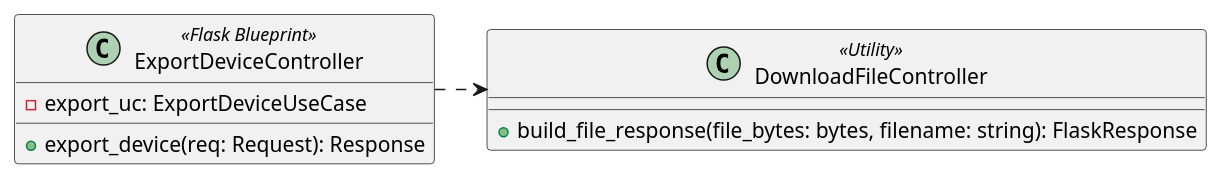
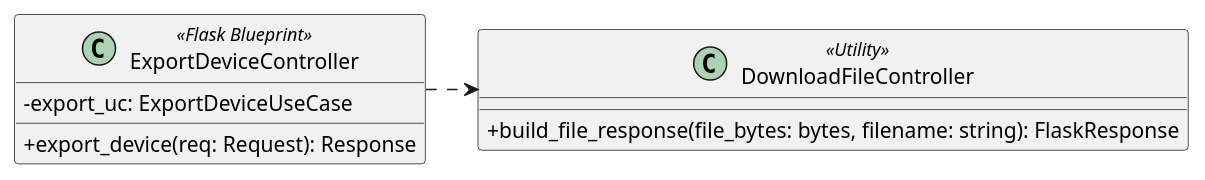
The diagram in src/PB/DocumentazioneEsterna/Specifica_Tecnica/content/uml/puml/Diagrammi_classi/Backend/InboundAdapters/ExportDeviceController.puml (GroupRubberDuck/Documentazione), drawn with PlantUML before and after one commit. The commit also changed 118 other files, not shown here.

```diff
--- a/src/PB/DocumentazioneEsterna/Specifica_Tecnica/content/uml/puml/Diagrammi_classi/Backend/InboundAdapters/ExportDeviceController.puml
+++ b/src/PB/DocumentazioneEsterna/Specifica_Tecnica/content/uml/puml/Diagrammi_classi/Backend/InboundAdapters/ExportDeviceController.puml
@@ -1,12 +1,12 @@
-@startuml ExportDeviceController
-
+@startuml DownloadFileController
+skinparam classAttributeIconSize 0
 class ExportDeviceController <<Flask Blueprint>> {
     - export_uc: ExportDeviceUseCase
     + export_device(req: Request): Response
 }
 class DownloadFileController <<Utility>> {
     + build_file_response(file_bytes: bytes, filename: string): FlaskResponse
 }
 ExportDeviceController .r.> DownloadFileController
 
 @enduml
```
